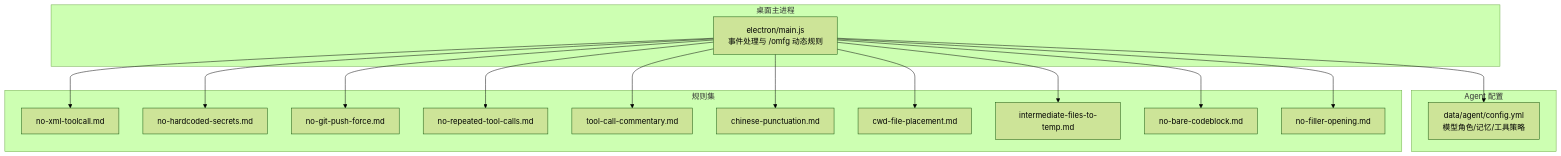
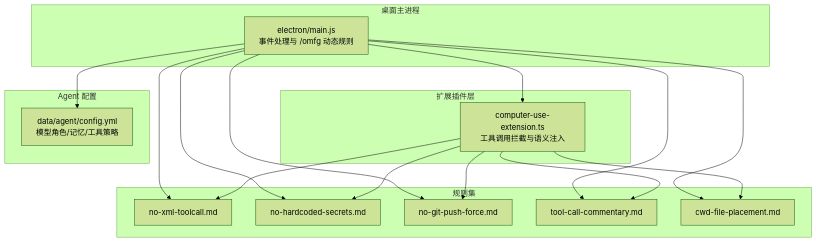
One commit to swond-Mao/Tiffa changed the first of 5 diagrams in .qoder/repowiki/zh/content/约束系统/约束系统.md. Above: the diagram before and after it, drawn with Mermaid (forest theme). The commit also changed other lines of this file and 18 other files, not shown here.

````diff
--- a/.qoder/repowiki/zh/content/约束系统/约束系统.md
+++ b/.qoder/repowiki/zh/content/约束系统/约束系统.md
@@ -45,32 +52,31 @@
 ```mermaid
 graph TB
 subgraph "桌面主进程"
 M["electron/main.js<br/>事件处理与 /omfg 动态规则"]
+end
+subgraph "扩展插件层"
+E["computer-use-extension.ts<br/>工具调用拦截与语义注入"]
 end
 subgraph "Agent 配置"
 C["data/agent/config.yml<br/>模型角色/记忆/工具策略"]
 end
 subgraph "规则集"
 R1["no-xml-toolcall.md"]
 R2["no-hardcoded-secrets.md"]
 R3["no-git-push-force.md"]
-R4["no-repeated-tool-calls.md"]
-R5["tool-call-commentary.md"]
-R6["chinese-punctuation.md"]
-R7["cwd-file-placement.md"]
-R8["intermediate-files-to-temp.md"]
-R9["no-bare-codeblock.md"]
-R10["no-filler-opening.md"]
+R4["tool-call-commentary.md"]
+R5["cwd-file-placement.md"]
 end
+M --> E
 M --> C
 M --> R1
 M --> R2
 M --> R3
 M --> R4
 M --> R5
-M --> R6
-M --> R7
-M --> R8
-M --> R9
-M --> R10
+E --> R1
+E --> R2
+E --> R3
+E --> R4
+E --> R5
 ```
````
